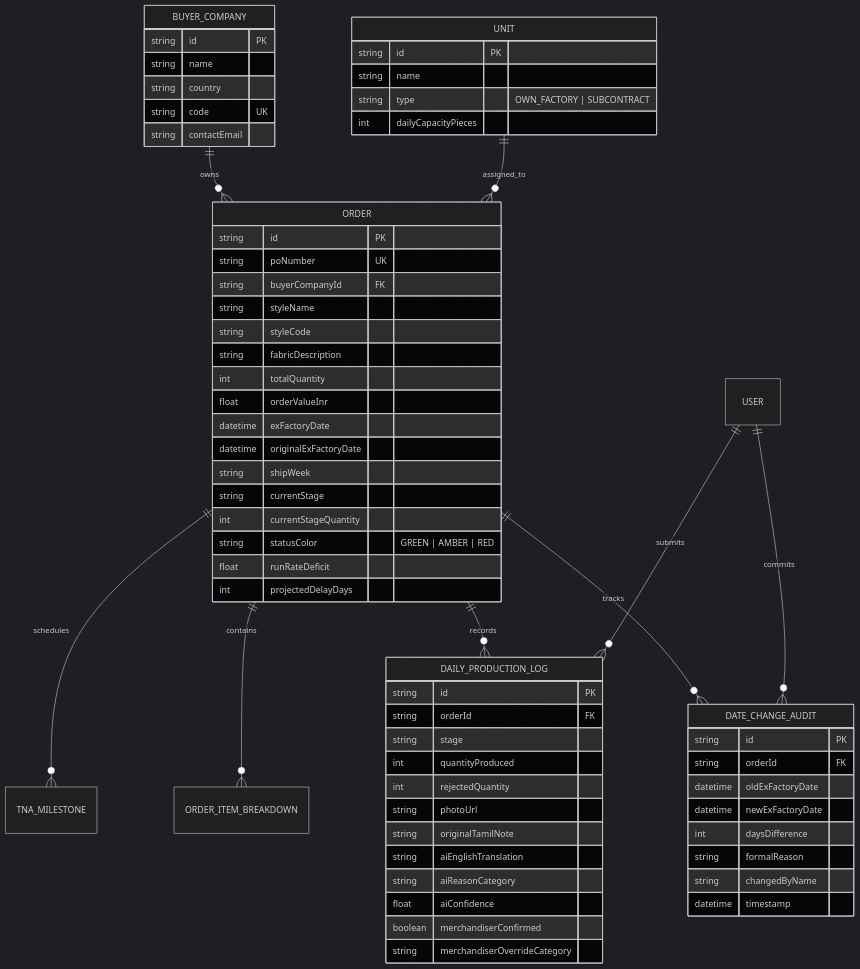
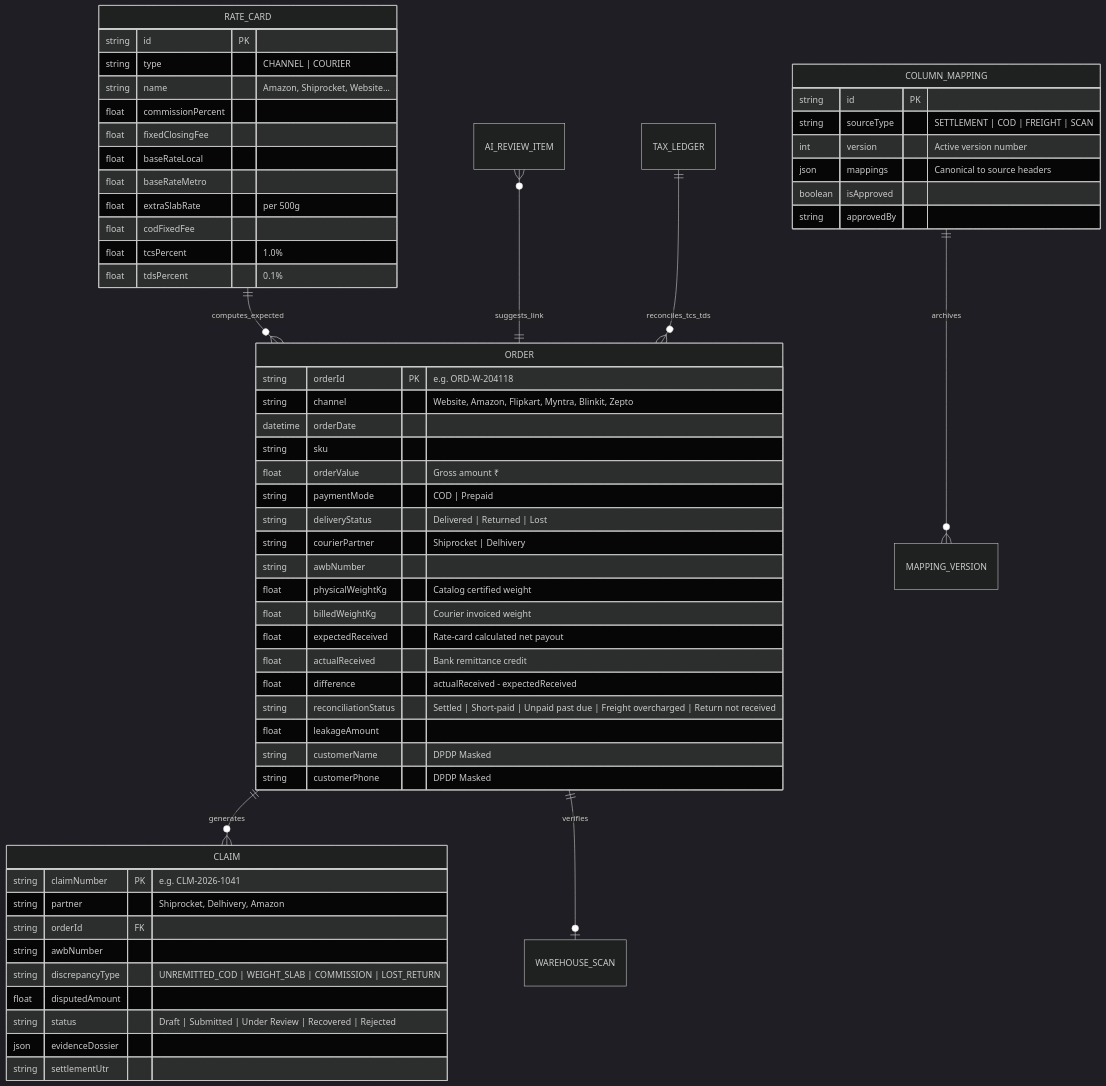
One commit to paridhisingla/-D2C-home-brand-s-order-payment-and-return-reconciliation-tool changed the diagram in TECHNICAL_DESIGN_DOCUMENT.md. Above: the diagram before and after it, drawn with Mermaid (dark theme). The commit also changed other lines of this file and 90 other files, not shown here.

Commit message:
feat: build ReconTex D2C Home Textiles Reconciliation & Leakage Recovery OS end-to-end

````diff
--- a/TECHNICAL_DESIGN_DOCUMENT.md
+++ b/TECHNICAL_DESIGN_DOCUMENT.md
@@ -90,71 +105,65 @@
 ```mermaid
 erDiagram
-    BUYER_COMPANY ||--o{ ORDER : owns
-    UNIT ||--o{ ORDER : assigned_to
-    ORDER ||--o{ TNA_MILESTONE : schedules
-    ORDER ||--o{ ORDER_ITEM_BREAKDOWN : contains
-    ORDER ||--o{ DAILY_PRODUCTION_LOG : records
-    ORDER ||--o{ DATE_CHANGE_AUDIT : tracks
-    USER ||--o{ DAILY_PRODUCTION_LOG : submits
-    USER ||--o{ DATE_CHANGE_AUDIT : commits
+    ORDER ||--o{ CLAIM : generates
+    ORDER ||--o| WAREHOUSE_SCAN : verifies
+    RATE_CARD ||--o{ ORDER : computes_expected
+    COLUMN_MAPPING ||--o{ MAPPING_VERSION : archives
+    AI_REVIEW_ITEM }o--|| ORDER : suggests_link
+    TAX_LEDGER ||--o{ ORDER : reconciles_tcs_tds
 
-    BUYER_COMPANY {
-        string id PK
-        string name
-        string country
-        string code UK
-        string contactEmail
+    ORDER {
+        string orderId PK "e.g. ORD-W-204118"
+        string channel "Website, Amazon, Flipkart, Myntra, Blinkit, Zepto"
+        datetime orderDate
+        string sku
+        float orderValue "Gross amount ₹"
+        string paymentMode "COD | Prepaid"
+        string deliveryStatus "Delivered | Returned | Lost"
+        string courierPartner "Shiprocket | Delhivery"
+        string awbNumber
+        float physicalWeightKg "Catalog certified weight"
+        float billedWeightKg "Courier invoiced weight"
+        float expectedReceived "Rate-card calculated net payout"
+        float actualReceived "Bank remittance credit"
+        float difference "actualReceived - expectedReceived"
+        string reconciliationStatus "Settled | Short-paid | Unpaid past due | Freight overcharged | Return not received"
+        float leakageAmount
+        string customerName "DPDP Masked"
+        string customerPhone "DPDP Masked"
     }
 
-    UNIT {
+    RATE_CARD {
         string id PK
-        string name
-        string type "OWN_FACTORY | SUBCONTRACT"
-        int dailyCapacityPieces
+        string type "CHANNEL | COURIER"
+        string name "Amazon, Shiprocket, Website..."
+        float commissionPercent
+        float fixedClosingFee
+        float baseRateLocal
+        float baseRateMetro
+        float extraSlabRate "per 500g"
+        float codFixedFee
+        float tcsPercent "1.0%"
+        float tdsPercent "0.1%"
     }
 
-    ORDER {
-        string id PK
-        string poNumber UK
-        string buyerCompanyId FK
-        string styleName
-        string styleCode
-        string fabricDescription
-        int totalQuantity
-        float orderValueInr
-        datetime exFactoryDate
-        datetime originalExFactoryDate
-        string shipWeek
-        string currentStage
-        int currentStageQuantity
-        string statusColor "GREEN | AMBER | RED"
-        float runRateDeficit
-        int projectedDelayDays
+    CLAIM {
+        string claimNumber PK "e.g. CLM-2026-1041"
+        string partner "Shiprocket, Delhivery, Amazon"
+        string orderId FK
+        string awbNumber
+        string discrepancyType "UNREMITTED_COD | WEIGHT_SLAB | COMMISSION | LOST_RETURN"
+        float disputedAmount
+        string status "Draft | Submitted | Under Review | Recovered | Rejected"
+        json evidenceDossier
+        string settlementUtr
     }
 
-    DAILY_PRODUCTION_LOG {
+    COLUMN_MAPPING {
         string id PK
-        string orderId FK
-        string stage
-        int quantityProduced
-        int rejectedQuantity
-        string photoUrl
-        string originalTamilNote
-        string aiEnglishTranslation
-        string aiReasonCategory
-        float aiConfidence
-        boolean merchandiserConfirmed
-        string merchandiserOverrideCategory
-    }
-
-    DATE_CHANGE_AUDIT {
-        string id PK
-        string orderId FK
-        datetime oldExFactoryDate
-        datetime newExFactoryDate
-        int daysDifference
-        string formalReason
-        string changedByName
-        datetime timestamp
+        string sourceType "SETTLEMENT | COD | FREIGHT | SCAN"
+        int version "Active version number"
+        json mappings "Canonical to source headers"
+        boolean isApproved
+        string approvedBy
     }
 ```
````
